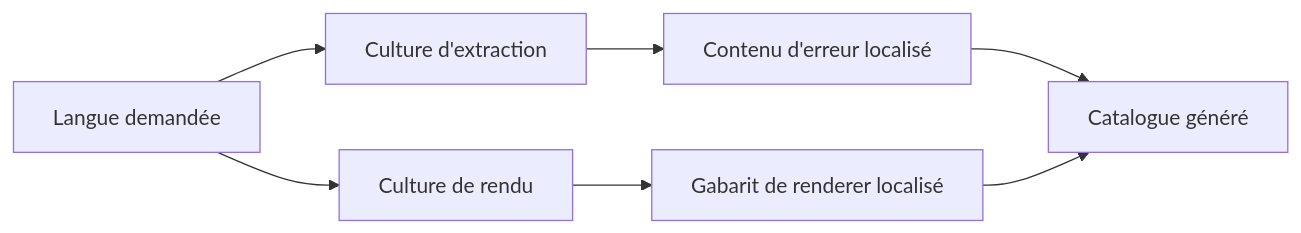
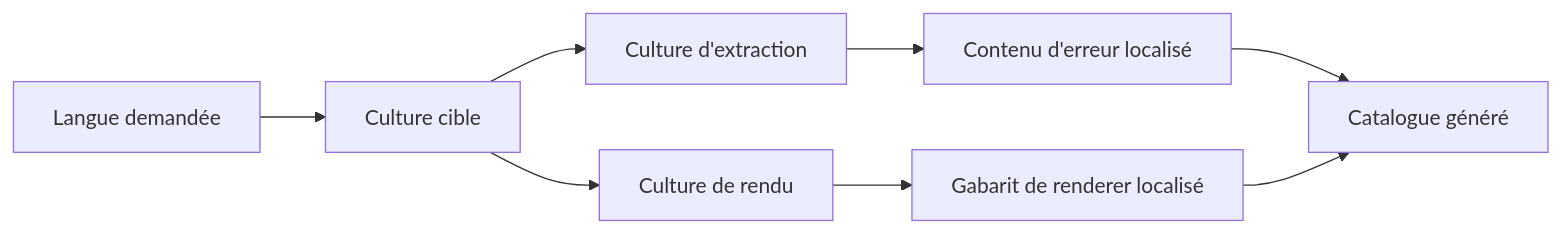
One commit to Reefact/first-class-errors changed the diagram in doc/Internationalisation.fr.md. Above: the diagram before and after it, drawn with Mermaid. The commit also changed other lines of this file and 1 other file, not shown here.

````diff
--- a/doc/Internationalisation.fr.md
+++ b/doc/Internationalisation.fr.md
@@ -12,14 +14,8 @@
 ```mermaid
 flowchart LR
-    A[Langue demandée]
-    B[Culture d'extraction]
-    C[Contenu d'erreur localisé]
-    D[Culture de rendu]
-    E[Gabarit de renderer localisé]
-    F[Catalogue généré]
-
-    A --> B --> C
-    A --> D --> E
-    C --> F
+    A[Langue demandée] --> T[Culture cible]
+    T --> B[Culture d'extraction] --> C[Contenu d'erreur localisé]
+    T --> D[Culture de rendu] --> E[Gabarit de renderer localisé]
+    C --> F[Catalogue généré]
     E --> F
 ```
````
